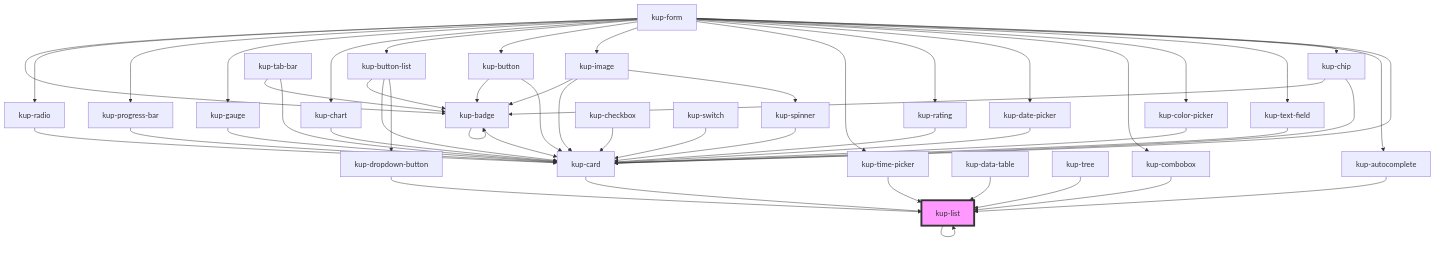
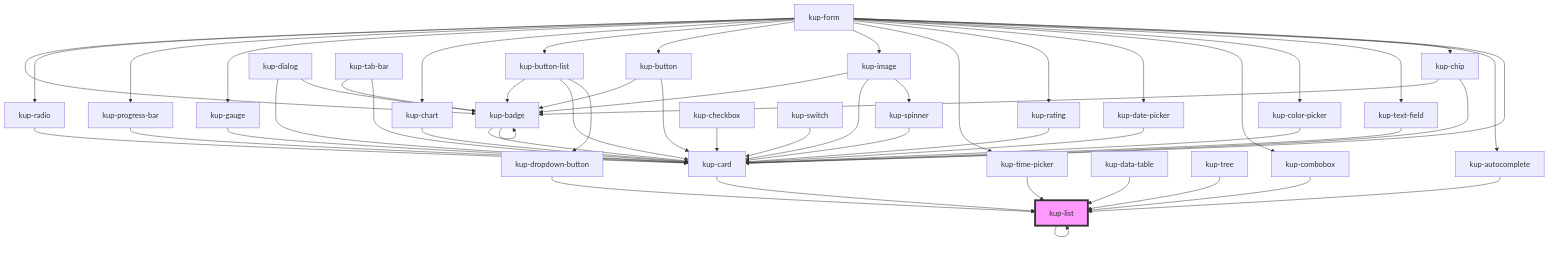
The diagram in packages/ketchup/src/components/kup-list/readme.md (smeup/ketchup), drawn with Mermaid before and after one commit. The commit also changed 55 other files, not shown here.

Commit message:
kup-card: removed showModal.

````diff
--- a/packages/ketchup/src/components/kup-list/readme.md
+++ b/packages/ketchup/src/components/kup-list/readme.md
@@ -147,54 +147,56 @@
 ```mermaid
 graph TD;
   kup-list --> kup-list
   kup-radio --> kup-card
   kup-card --> kup-list
   kup-autocomplete --> kup-list
   kup-chip --> kup-card
   kup-chip --> kup-badge
   kup-badge --> kup-badge
   kup-badge --> kup-card
   kup-text-field --> kup-card
   kup-color-picker --> kup-card
   kup-combobox --> kup-list
   kup-date-picker --> kup-card
   kup-rating --> kup-card
   kup-time-picker --> kup-list
   kup-image --> kup-spinner
   kup-image --> kup-card
   kup-image --> kup-badge
   kup-spinner --> kup-card
   kup-button --> kup-card
   kup-button --> kup-badge
   kup-button-list --> kup-dropdown-button
   kup-button-list --> kup-card
   kup-button-list --> kup-badge
   kup-dropdown-button --> kup-list
   kup-chart --> kup-card
   kup-gauge --> kup-card
   kup-progress-bar --> kup-card
   kup-form --> kup-card
   kup-form --> kup-autocomplete
   kup-form --> kup-chip
   kup-form --> kup-text-field
   kup-form --> kup-color-picker
   kup-form --> kup-combobox
   kup-form --> kup-date-picker
   kup-form --> kup-rating
   kup-form --> kup-time-picker
   kup-form --> kup-image
   kup-form --> kup-button
   kup-form --> kup-button-list
   kup-form --> kup-chart
   kup-form --> kup-gauge
   kup-form --> kup-progress-bar
   kup-form --> kup-radio
   kup-form --> kup-badge
   kup-checkbox --> kup-card
   kup-data-table --> kup-list
   kup-switch --> kup-card
+  kup-dialog --> kup-badge
+  kup-dialog --> kup-card
   kup-tab-bar --> kup-card
   kup-tab-bar --> kup-badge
   kup-tree --> kup-list
   style kup-list fill:#f9f,stroke:#333,stroke-width:4px
 ```
````
